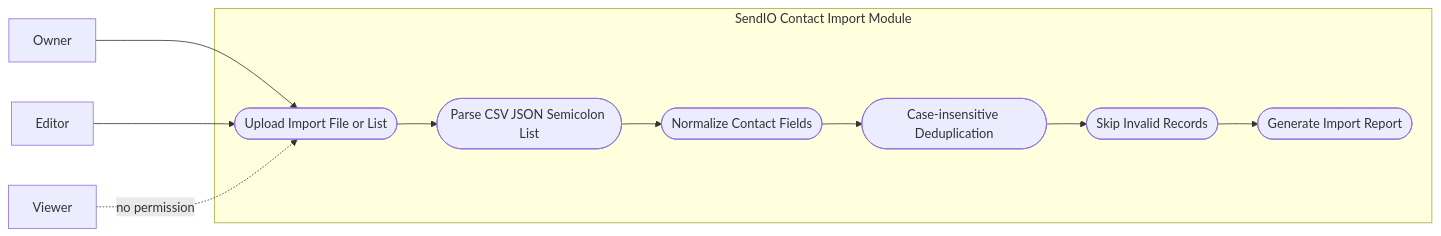
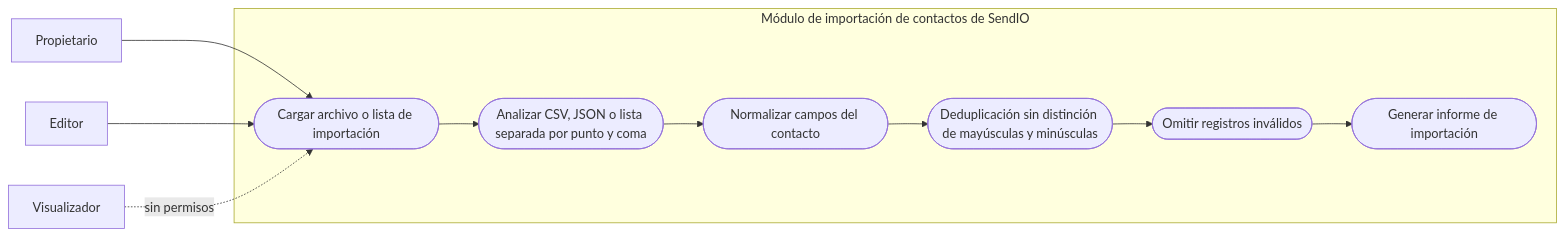
One commit to Chopyh/SendIO changed the diagram in docs/analysis/interactions/contact-import-use-cases.md. Above: the diagram before and after it, drawn with Mermaid. The commit also changed other lines of this file and 3 other files, not shown here.

Commit message:
feat(docs): agregar diagramas de uso por rol y mejorar documentación de importación de contactos

````diff
--- a/docs/analysis/interactions/contact-import-use-cases.md
+++ b/docs/analysis/interactions/contact-import-use-cases.md
@@ -5,24 +5,24 @@
 ```mermaid
 flowchart LR
-  Owner[Owner]
+  Owner[Propietario]
   Editor[Editor]
-  Viewer[Viewer]
+  Viewer[Visualizador]
 
-  subgraph SendIOImport[SendIO Contact Import Module]
-    UC1([Upload Import File or List])
-    UC2([Parse CSV JSON Semicolon List])
-    UC3([Normalize Contact Fields])
-    UC4([Case-insensitive Deduplication])
-    UC5([Skip Invalid Records])
-    UC6([Generate Import Report])
+  subgraph SendIOImport[Módulo de importación de contactos de SendIO]
+    UC1([Cargar archivo o lista de importación])
+    UC2([Analizar CSV, JSON o lista separada por punto y coma])
+    UC3([Normalizar campos del contacto])
+    UC4([Deduplicación sin distinción de mayúsculas y minúsculas])
+    UC5([Omitir registros inválidos])
+    UC6([Generar informe de importación])
   end
 
   Owner --> UC1
   Editor --> UC1
   UC1 --> UC2
   UC2 --> UC3
   UC3 --> UC4
   UC4 --> UC5
   UC5 --> UC6
-  Viewer -. no permission .-> UC1
+  Viewer -. sin permisos .-> UC1
 ```
````
